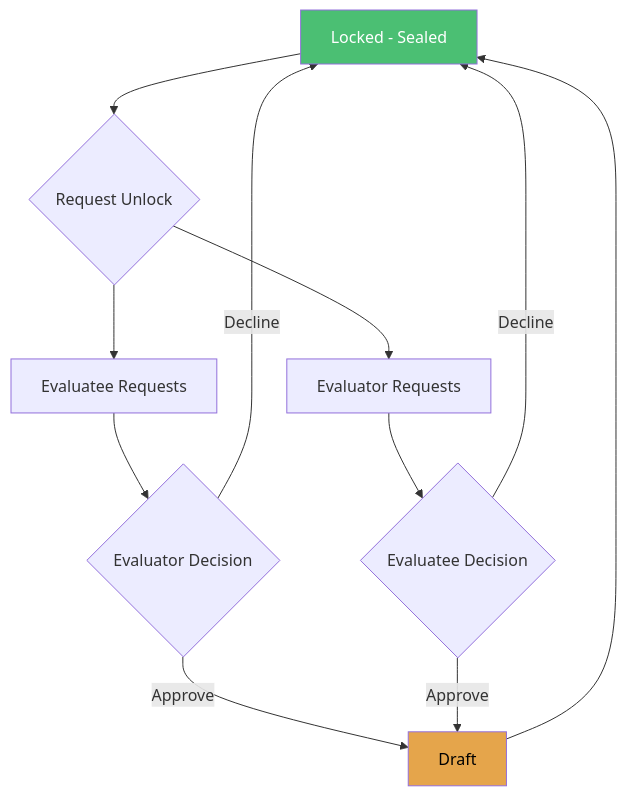
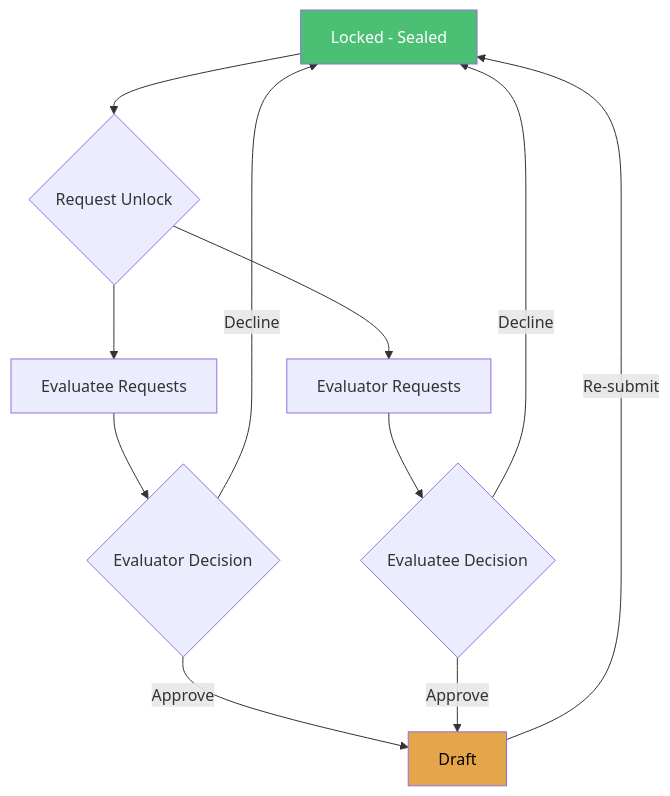
The eighth of 8 diagrams in docs/reference/workflows.md (hoc-stateeval/stateeval-help), drawn with Mermaid before and after one commit. The commit also changed other lines of this file, not shown here.

````diff
--- a/docs/reference/workflows.md
+++ b/docs/reference/workflows.md
@@ -398,16 +433,16 @@
 ```mermaid
 flowchart TD
     A[Locked - Sealed] --> B{Request Unlock}
     B --> C[Evaluatee Requests]
     B --> D[Evaluator Requests]
     C --> E{Evaluator Decision}
     D --> F{Evaluatee Decision}
     E -->|Approve| G[Draft]
     E -->|Decline| A
     F -->|Approve| G
     F -->|Decline| A
-    G --> A
+    G -->|Re-submit| A
 
     style A fill:#4BBF73,color:#fff
     style G fill:#E5A54B,color:#000
 ```
````
